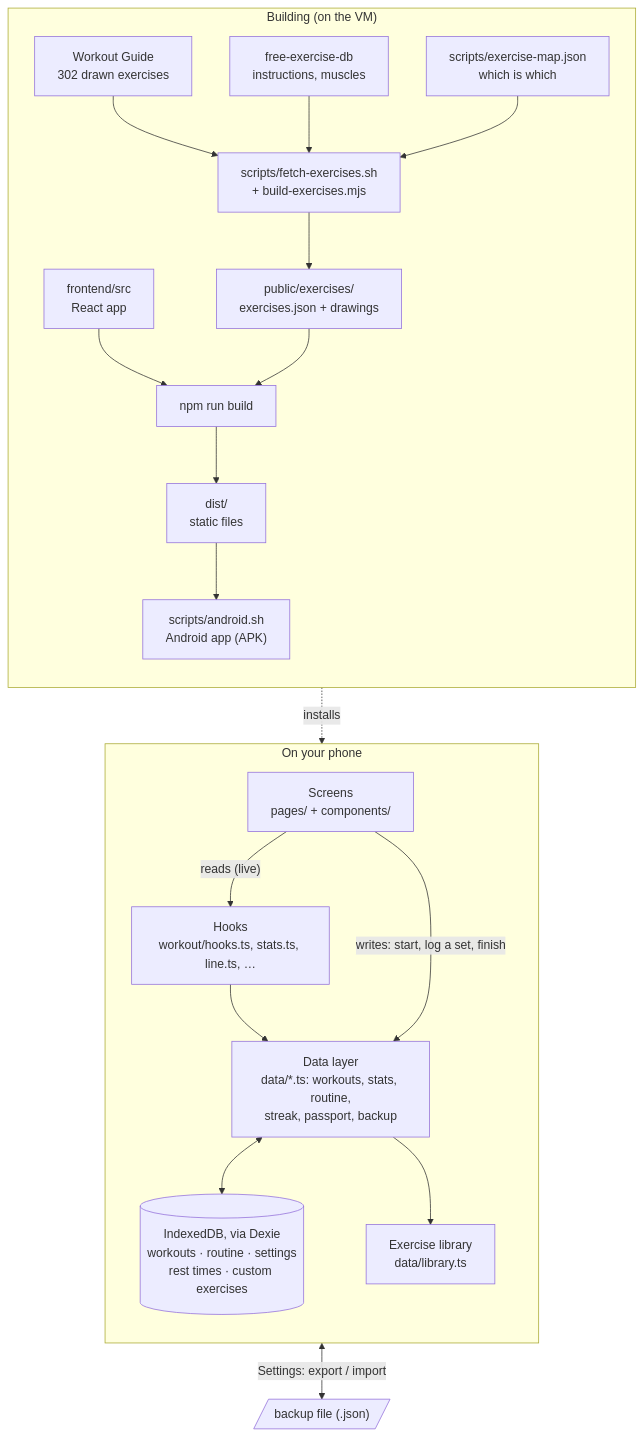
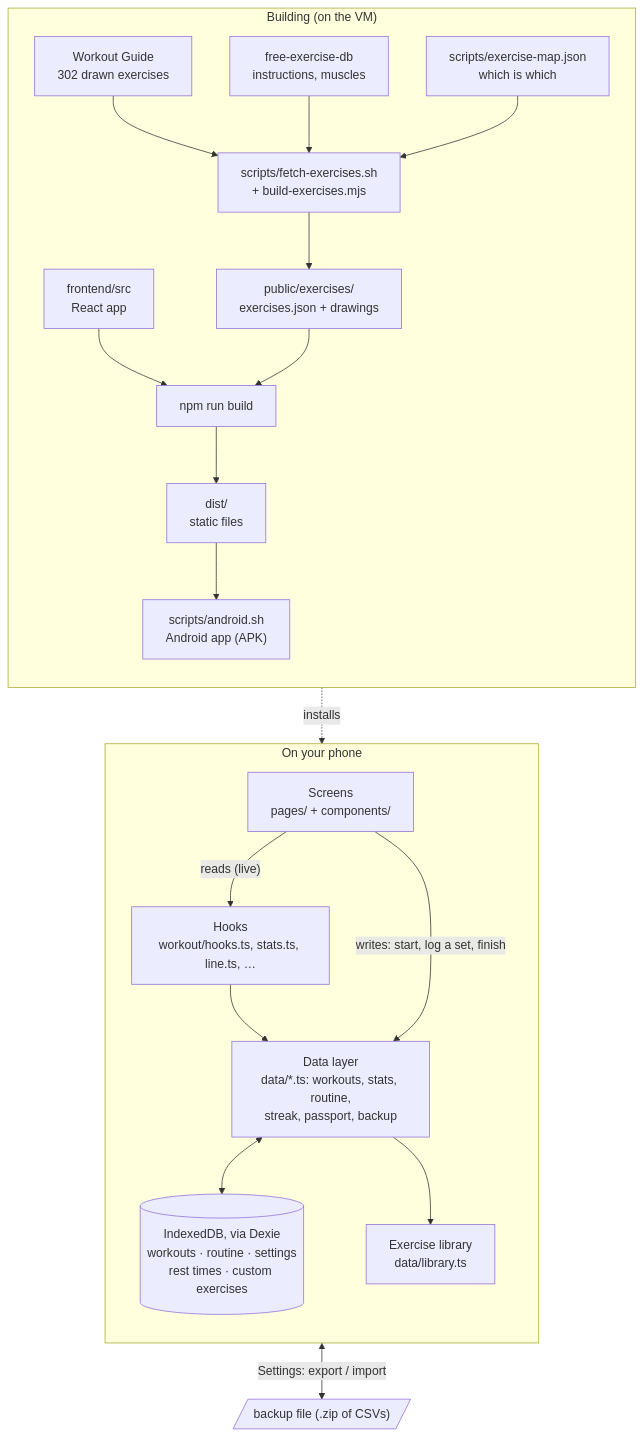
One commit to Wijnandvdm/gains-train changed the first of 3 diagrams in docs/how-it-works.md. Above: the diagram before and after it, drawn with Mermaid. The commit also changed 17 other files, not shown here.

Commit message:
backup to csv instead of json, but in zip format

````diff
--- a/docs/how-it-works.md
+++ b/docs/how-it-works.md
@@ -11,31 +11,31 @@
 ```mermaid
 flowchart TB
   subgraph build["Building (on the VM)"]
     direction TB
     WG["Workout Guide<br/>302 drawn exercises"] --> BX["scripts/fetch-exercises.sh<br/>+ build-exercises.mjs"]
     FED["free-exercise-db<br/>instructions, muscles"] --> BX
     MAP["scripts/exercise-map.json<br/>which is which"] --> BX
     BX --> LIB["public/exercises/<br/>exercises.json + drawings"]
     SRC["frontend/src<br/>React app"] --> VITE["npm run build"]
     LIB --> VITE
     VITE --> DIST["dist/<br/>static files"]
     DIST --> APK["scripts/android.sh<br/>Android app (APK)"]
   end
 
   subgraph phone["On your phone"]
     direction TB
     UI["Screens<br/>pages/ + components/"]
     HOOKS["Hooks<br/>workout/hooks.ts, stats.ts, line.ts, …"]
     DATA["Data layer<br/>data/*.ts: workouts, stats, routine,<br/>streak, passport, backup"]
     DB[("IndexedDB, via Dexie<br/>workouts · routine · settings<br/>rest times · custom exercises")]
     LIBC["Exercise library<br/>data/library.ts"]
     UI -- "reads (live)" --> HOOKS
     HOOKS --> DATA
     UI -- "writes: start, log a set, finish" --> DATA
     DATA <--> DB
     DATA --> LIBC
   end
 
   APK -. installs .-> phone
-  DATA <-- "Settings: export / import" --> BACKUP[/"backup file (.json)"/]
+  DATA <-- "Settings: export / import" --> BACKUP[/"backup file (.zip of CSVs)"/]
 ```
````
